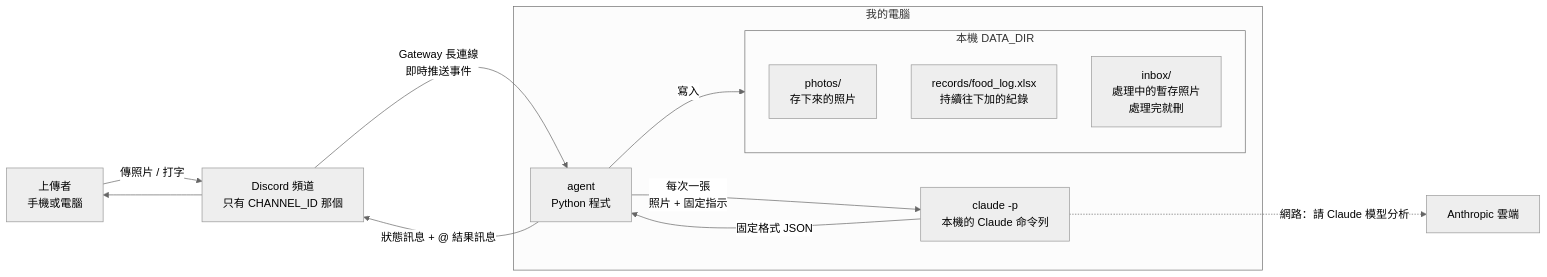
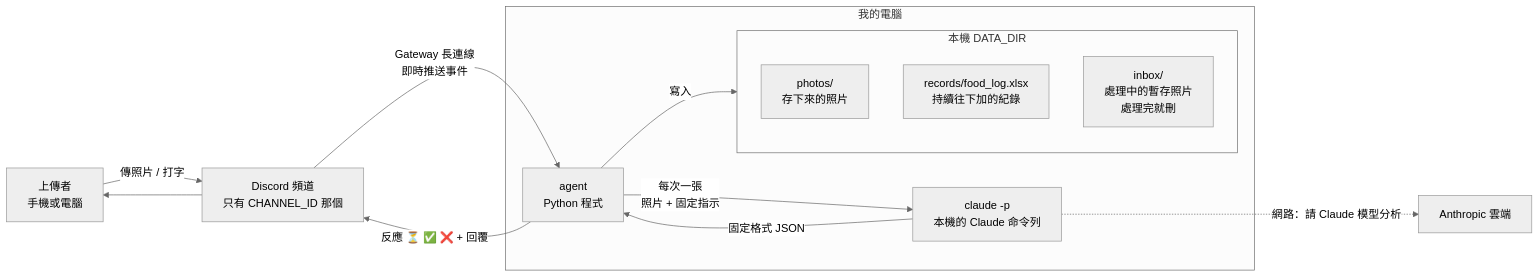
The first of 2 diagrams in docs/architecture.md (411333027/1020-2), drawn with Mermaid (neutral theme) before and after one commit. The commit also changed other lines of this file and 1 other file, not shown here.

Commit message:
Update architecture doc to match current agent behavior

````diff
--- a/docs/architecture.md
+++ b/docs/architecture.md
@@ -55,21 +56,21 @@
 ```mermaid
 flowchart LR
     U["上傳者<br/>手機或電腦"] -->|"傳照片 / 打字"| C["Discord 頻道<br/>只有 CHANNEL_ID 那個"]
     C -->|"Gateway 長連線<br/>即時推送事件"| A
 
     subgraph PC["我的電腦"]
         A["agent<br/>Python 程式"]
         A -->|"每次一張<br/>照片 + 固定指示"| CL["claude -p<br/>本機的 Claude 命令列"]
         CL -->|"固定格式 JSON"| A
         A -->|"寫入"| D
         subgraph D["本機 DATA_DIR"]
             P["photos/<br/>存下來的照片"]
             X["records/food_log.xlsx<br/>持續往下加的紀錄"]
             I["inbox/<br/>處理中的暫存照片<br/>處理完就刪"]
         end
     end
 
     CL -.->|"網路：請 Claude 模型分析"| API["Anthropic 雲端"]
-    A -->|"狀態訊息 + @ 結果訊息"| C
+    A -->|"反應 ⏳ ✅ ❌ + 回覆"| C
     C --> U
 ```
````
